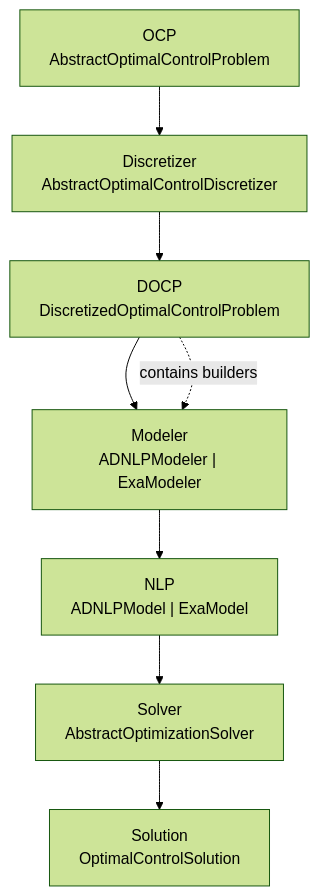
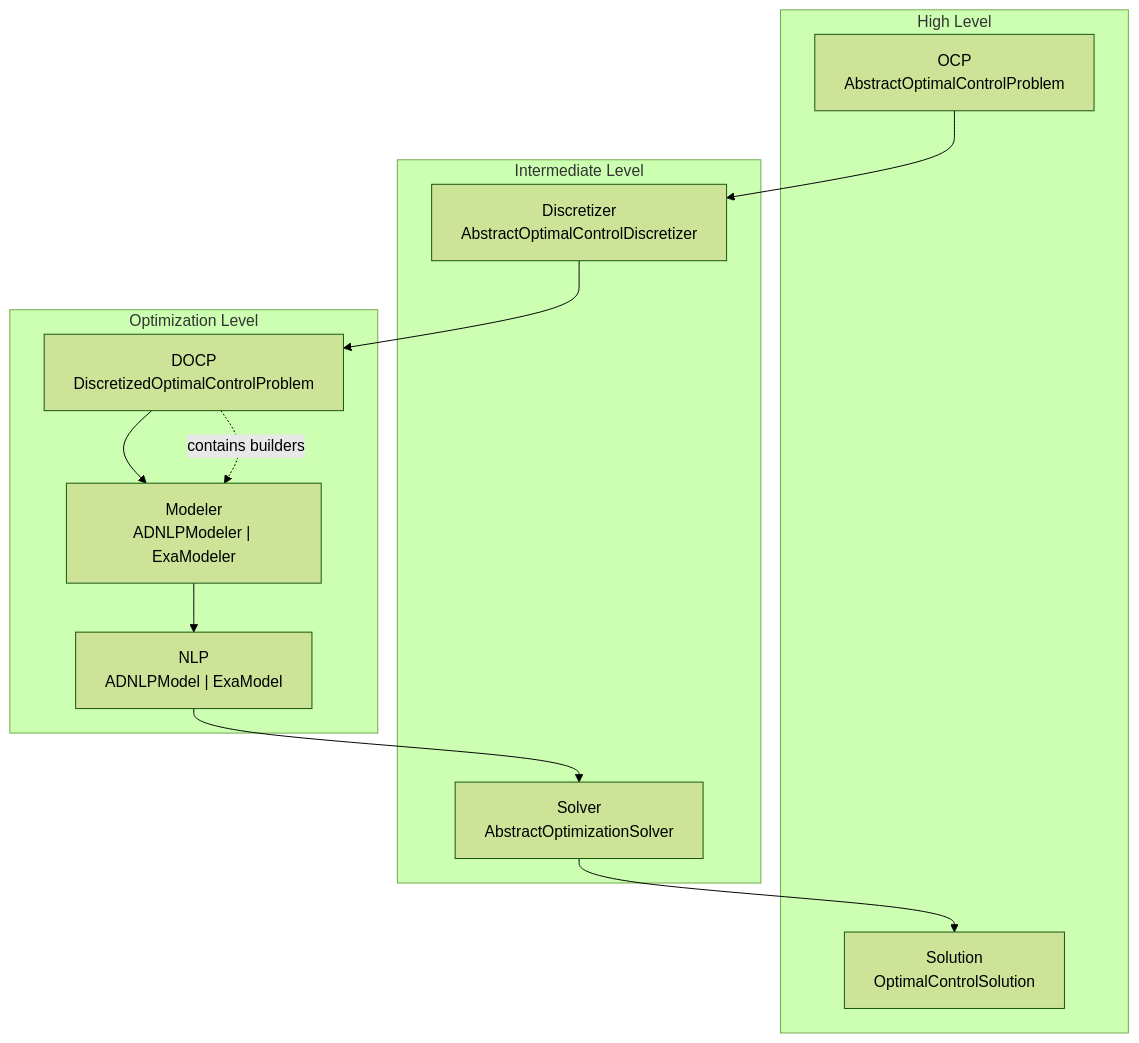
Before and after one commit to control-toolbox/CTModels.jl: the diagram in reports/2026-01-27_DOCP/analysis/00_docp_architecture_audit.md, drawn with Mermaid (forest theme). The commit also changed 12 other files, not shown here.

````diff
--- a/reports/2026-01-27_DOCP/analysis/00_docp_architecture_audit.md
+++ b/reports/2026-01-27_DOCP/analysis/00_docp_architecture_audit.md
@@ -43,19 +43,45 @@
 ```mermaid
 flowchart TD
+    %% High-level
     OCP["OCP<br/>AbstractOptimalControlProblem"] 
-    DISC["Discretizer<br/>AbstractOptimalControlDiscretizer"]
-    DOCP["DOCP<br/>DiscretizedOptimalControlProblem"]
-    MOD["Modeler<br/>ADNLPModeler | ExaModeler"]
-    NLP["NLP<br/>ADNLPModel | ExaModel"]
-    SOLV["Solver<br/>AbstractOptimizationSolver"]
     SOL["Solution<br/>OptimalControlSolution"]
 
+    %% Intermediate
+    DISC["Discretizer<br/>AbstractOptimalControlDiscretizer"]
+    SOLV["Solver<br/>AbstractOptimizationSolver"]
+
+    %% Low-level
+    DOCP["DOCP<br/>DiscretizedOptimalControlProblem"]
+    NLP["NLP<br/>ADNLPModel | ExaModel"]
+    
+    %% Bottom / Core
+    MOD["Modeler<br/>ADNLPModeler | ExaModeler"]
+
+    %% Down path
     OCP  --> DISC
     DISC --> DOCP
     DOCP --> MOD
+
+    %% Up path
     MOD  --> NLP
     NLP  --> SOLV
     SOLV --> SOL
 
+    %% Cross-reference
     DOCP -.->|"contains builders"| MOD
+
+    %% Layout hints
+    subgraph "High Level"
+        OCP
+        SOL
+    end
+    subgraph "Intermediate Level"
+        DISC
+        SOLV
+    end
+    subgraph "Optimization Level"
+        DOCP
+        NLP
+        MOD
+    end
 ```
````
